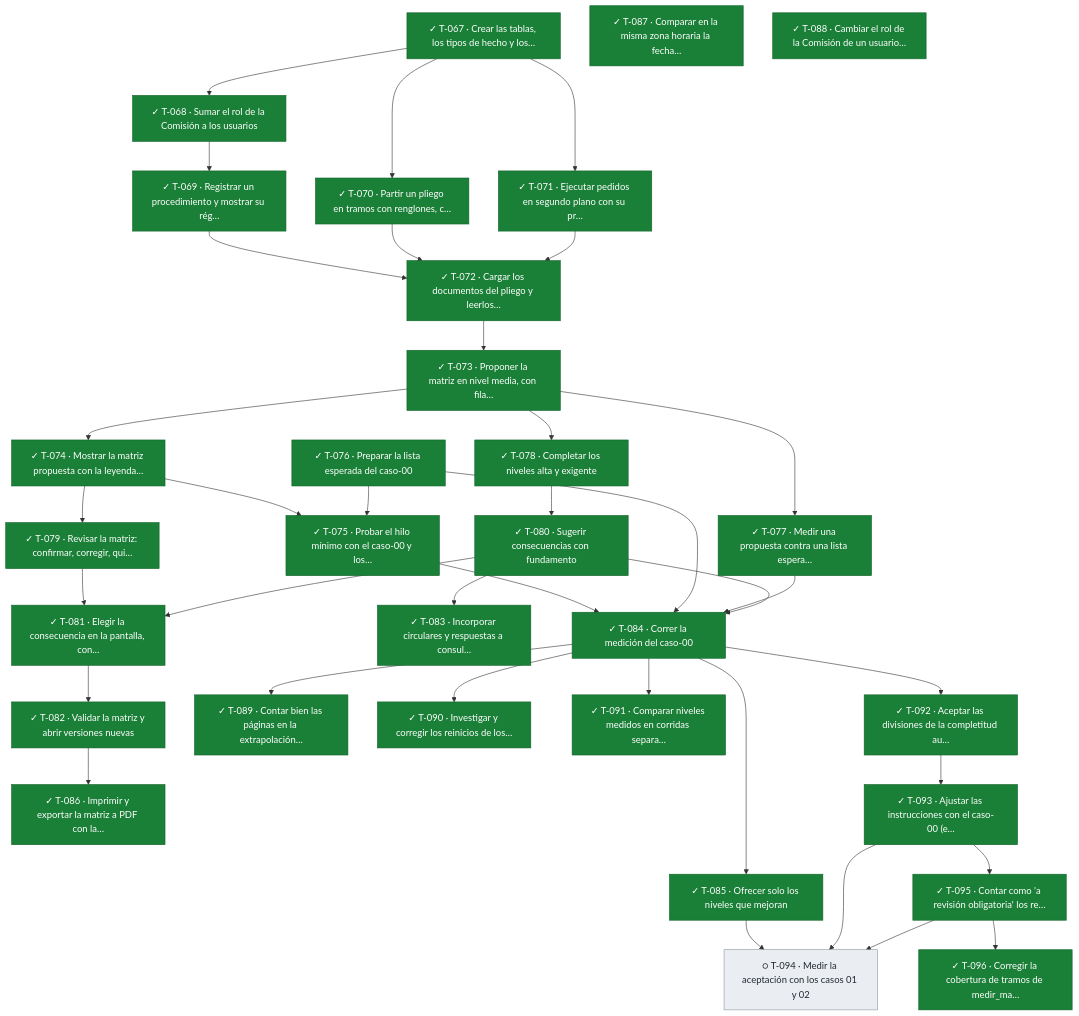
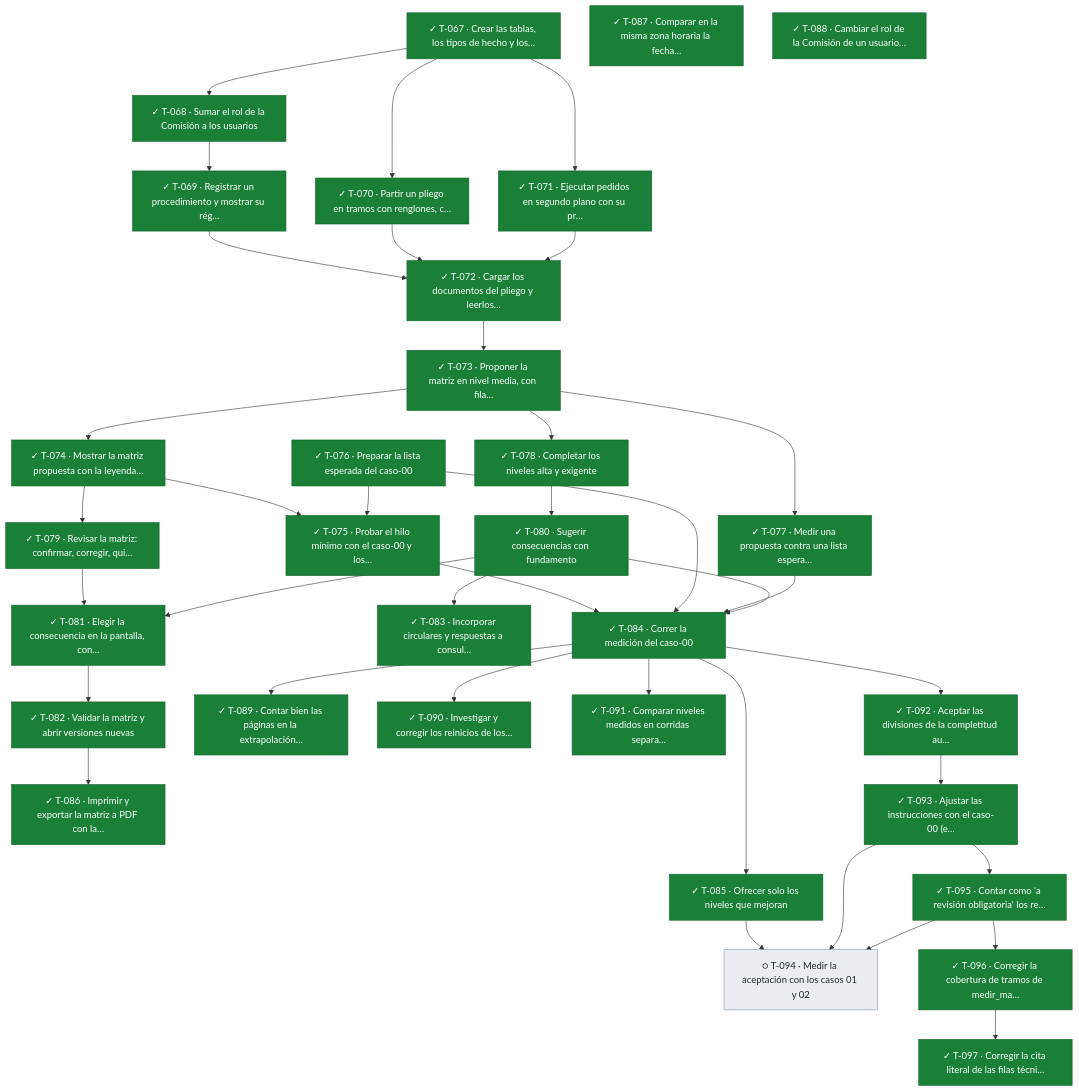
Before and after one commit to snavello/EVALUON: the fifth of 5 diagrams in docs/tablero.md, drawn with Mermaid. The commit also changed other lines of this file and 1 other file, not shown here.

````diff
--- a/docs/tablero.md
+++ b/docs/tablero.md
@@ -409,73 +410,75 @@
 ```mermaid
 flowchart TD
   T067["✓ T-067 · Crear las tablas, los tipos de hecho y los…"]:::done
   T068["✓ T-068 · Sumar el rol de la Comisión a los usuarios"]:::done
   T069["✓ T-069 · Registrar un procedimiento y mostrar su rég…"]:::done
   T070["✓ T-070 · Partir un pliego en tramos con renglones, c…"]:::done
   T071["✓ T-071 · Ejecutar pedidos en segundo plano con su pr…"]:::done
   T072["✓ T-072 · Cargar los documentos del pliego y leerlos…"]:::done
   T073["✓ T-073 · Proponer la matriz en nivel media, con fila…"]:::done
   T074["✓ T-074 · Mostrar la matriz propuesta con la leyenda…"]:::done
   T075["✓ T-075 · Probar el hilo mínimo con el caso-00 y los…"]:::done
   T076["✓ T-076 · Preparar la lista esperada del caso-00"]:::done
   T077["✓ T-077 · Medir una propuesta contra una lista espera…"]:::done
   T078["✓ T-078 · Completar los niveles alta y exigente"]:::done
   T079["✓ T-079 · Revisar la matriz: confirmar, corregir, qui…"]:::done
   T080["✓ T-080 · Sugerir consecuencias con fundamento"]:::done
   T081["✓ T-081 · Elegir la consecuencia en la pantalla, con…"]:::done
   T082["✓ T-082 · Validar la matriz y abrir versiones nuevas"]:::done
   T083["✓ T-083 · Incorporar circulares y respuestas a consul…"]:::done
   T084["✓ T-084 · Correr la medición del caso-00"]:::done
   T085["✓ T-085 · Ofrecer solo los niveles que mejoran"]:::done
   T086["✓ T-086 · Imprimir y exportar la matriz a PDF con la…"]:::done
   T087["✓ T-087 · Comparar en la misma zona horaria la fecha…"]:::done
   T088["✓ T-088 · Cambiar el rol de la Comisión de un usuario…"]:::done
   T089["✓ T-089 · Contar bien las páginas en la extrapolación…"]:::done
   T090["✓ T-090 · Investigar y corregir los reinicios de los…"]:::done
   T091["✓ T-091 · Comparar niveles medidos en corridas separa…"]:::done
   T092["✓ T-092 · Aceptar las divisiones de la completitud au…"]:::done
   T093["✓ T-093 · Ajustar las instrucciones con el caso-00 (e…"]:::done
   T094["○ T-094 · Medir la aceptación con los casos 01 y 02"]:::todo
   T095["✓ T-095 · Contar como 'a revisión obligatoria' los re…"]:::done
   T096["✓ T-096 · Corregir la cobertura de tramos de medir_ma…"]:::done
+  T097["✓ T-097 · Corregir la cita literal de las filas técni…"]:::done
   T067 --> T068
   T068 --> T069
   T067 --> T070
   T067 --> T071
   T069 --> T072
   T070 --> T072
   T071 --> T072
   T072 --> T073
   T073 --> T074
   T074 --> T075
   T076 --> T075
   T073 --> T077
   T073 --> T078
   T074 --> T079
   T078 --> T080
   T079 --> T081
   T080 --> T081
   T081 --> T082
   T080 --> T083
   T075 --> T084
   T076 --> T084
   T077 --> T084
   T080 --> T084
   T084 --> T085
   T082 --> T086
   T084 --> T089
   T084 --> T090
   T084 --> T091
   T084 --> T092
   T092 --> T093
   T085 --> T094
   T093 --> T094
   T095 --> T094
   T093 --> T095
   T095 --> T096
+  T096 --> T097
   classDef done fill:#1a7f37,stroke:#116329,color:#ffffff
   classDef review fill:#0969da,stroke:#0550ae,color:#ffffff
   classDef active fill:#bf8700,stroke:#7d4e00,color:#ffffff
   classDef blocked fill:#cf222e,stroke:#a40e26,color:#ffffff
   classDef todo fill:#eaeef2,stroke:#8c959f,color:#24292f
 ```
````
